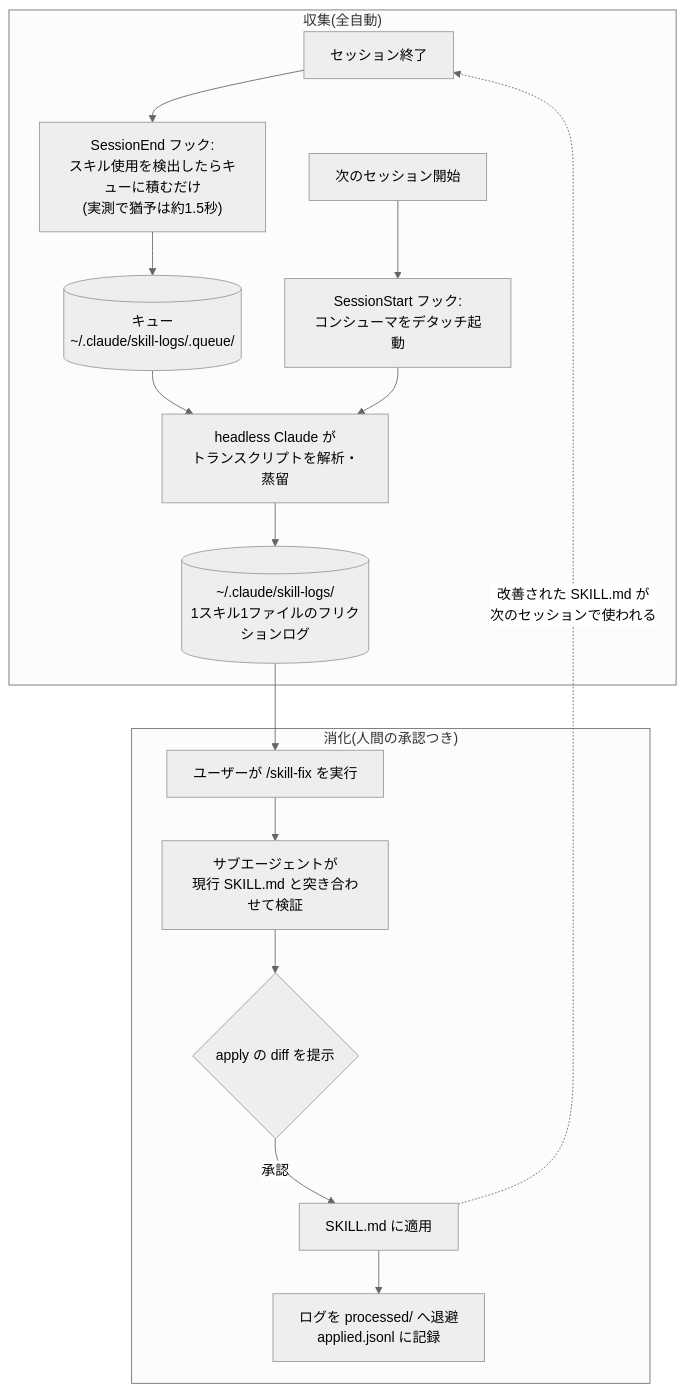
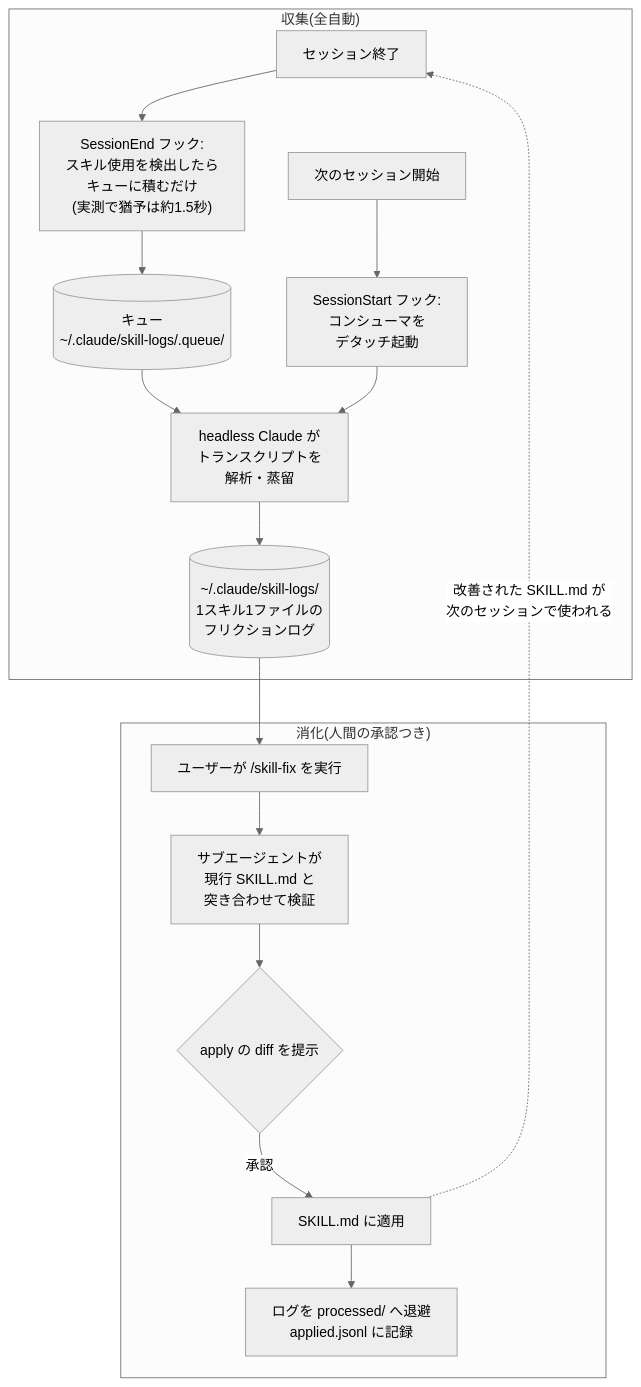
One commit to k3forx/zenn changed the diagram in articles/cd55956dffa373.md. Above: the diagram before and after it, drawn with Mermaid (neutral theme).

Commit message:
docs: Mermaid 図の長い行を <br/> で分割しテキストの見切れを解消

````diff
--- a/articles/cd55956dffa373.md
+++ b/articles/cd55956dffa373.md
@@ -39,21 +39,21 @@
 ```mermaid
 flowchart TD
     subgraph auto["収集(全自動)"]
-        A["セッション終了"] --> B["SessionEnd フック:<br/>スキル使用を検出したらキューに積むだけ<br/>(実測で猶予は約1.5秒)"]
+        A["セッション終了"] --> B["SessionEnd フック:<br/>スキル使用を検出したら<br/>キューに積むだけ<br/>(実測で猶予は約1.5秒)"]
         B --> Q[("キュー<br/>~/.claude/skill-logs/.queue/")]
-        C["次のセッション開始"] --> D["SessionStart フック:<br/>コンシューマをデタッチ起動"]
+        C["次のセッション開始"] --> D["SessionStart フック:<br/>コンシューマを<br/>デタッチ起動"]
         Q --> E
-        D --> E["headless Claude が<br/>トランスクリプトを解析・蒸留"]
-        E --> L[("~/.claude/skill-logs/<br/>1スキル1ファイルのフリクションログ")]
+        D --> E["headless Claude が<br/>トランスクリプトを<br/>解析・蒸留"]
+        E --> L[("~/.claude/skill-logs/<br/>1スキル1ファイルの<br/>フリクションログ")]
     end
 
     subgraph manual["消化(人間の承認つき)"]
-        F["ユーザーが /skill-fix を実行"] --> G["サブエージェントが<br/>現行 SKILL.md と突き合わせて検証"]
+        F["ユーザーが /skill-fix を実行"] --> G["サブエージェントが<br/>現行 SKILL.md と<br/>突き合わせて検証"]
         G --> H{"apply の diff を提示"}
         H -->|承認| I["SKILL.md に適用"]
         I --> J["ログを processed/ へ退避<br/>applied.jsonl に記録"]
     end
 
     L --> F
     I -.->|"改善された SKILL.md が<br/>次のセッションで使われる"| A
 ```
````
